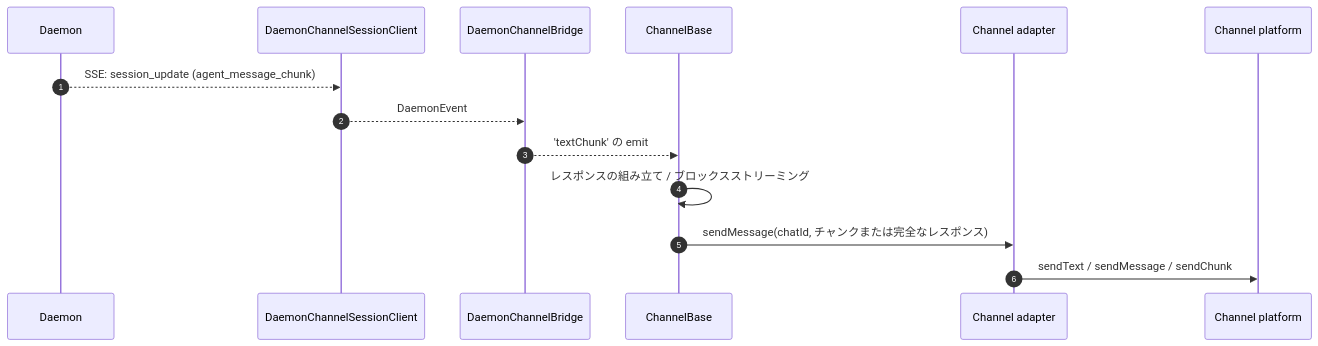
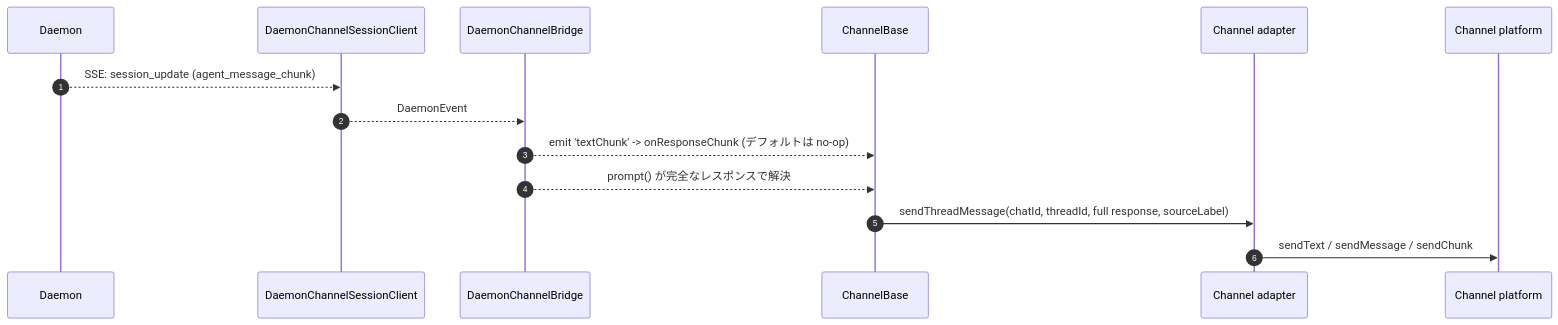
Before and after one commit to QwenLM/qwen-code-docs: the second of 3 diagrams in website/content/ja/developers/daemon/15-channel-adapters.md, drawn with Mermaid. The commit also changed other lines of this file and 168 other files, not shown here.

````diff
--- a/website/content/ja/developers/daemon/15-channel-adapters.md
+++ b/website/content/ja/developers/daemon/15-channel-adapters.md
@@ -132,17 +132,17 @@
 ```mermaid
 sequenceDiagram
     autonumber
     participant D as Daemon
     participant SC as DaemonChannelSessionClient
     participant BR as DaemonChannelBridge
     participant CB as ChannelBase
     participant AD as Channel adapter
     participant CH as Channel platform
 
     D-->>SC: SSE: session_update (agent_message_chunk)
     SC-->>BR: DaemonEvent
-    BR-->>CB: 'textChunk' の emit
-    CB->>CB: レスポンスの組み立て / ブロックスストリーミング
-    CB->>AD: sendMessage(chatId, チャンクまたは完全なレスポンス)
+    BR-->>CB: emit 'textChunk' -> onResponseChunk (デフォルトは no-op)
+    BR-->>CB: prompt() が完全なレスポンスで解決
+    CB->>AD: sendThreadMessage(chatId, threadId, full response, sourceLabel)
     AD->>CH: sendText / sendMessage / sendChunk
 ```
````
